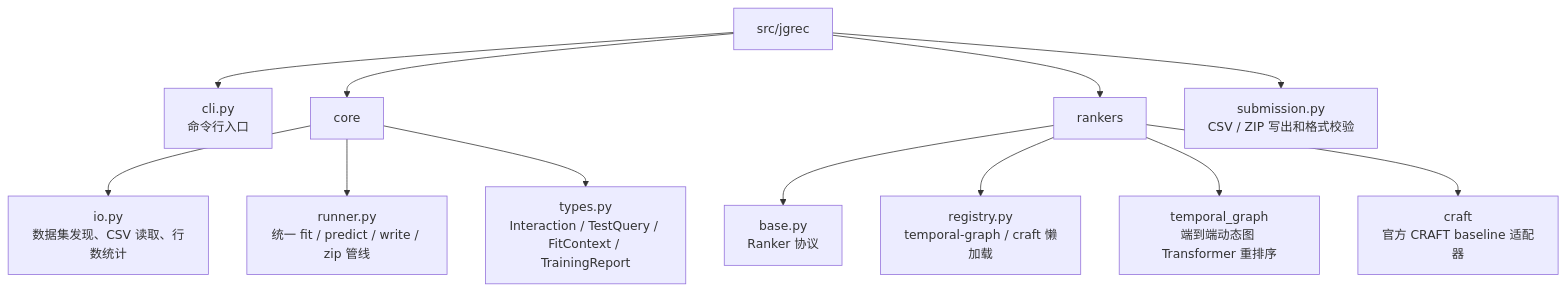
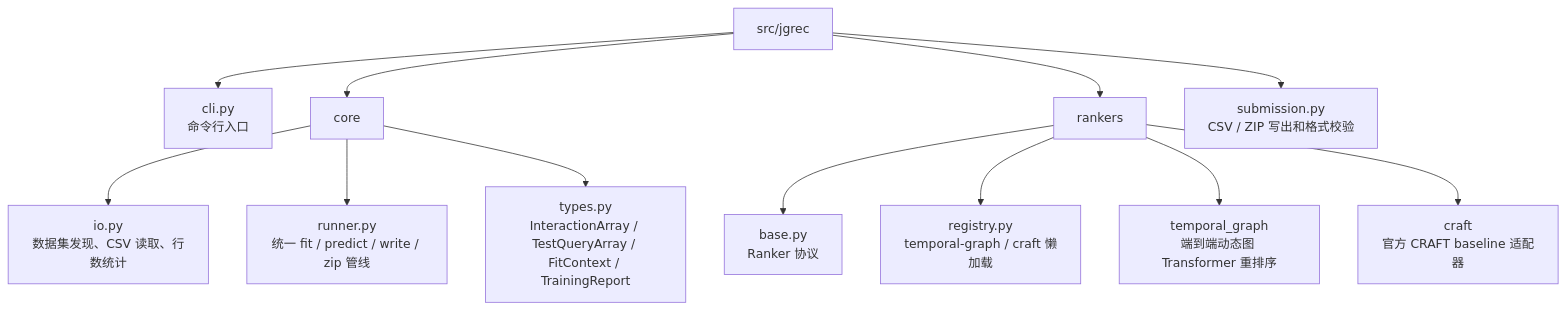
Before and after one commit to Puiching-Memory/jittor-GPNUT1-JGRec: the first of 2 diagrams in docs/system/architecture.md, drawn with Mermaid. The commit also changed other lines of this file and 25 other files, not shown here.

First line of the commit message:
重构核心数据类型为 NumPy 向量化表示，优化时序图采样与评估性能

````diff
--- a/docs/system/architecture.md
+++ b/docs/system/architecture.md
@@ -5,14 +5,14 @@
 ```mermaid
 flowchart TB
     A["src/jgrec"] --> B["cli.py<br/>命令行入口"]
     A --> C["core"]
     C --> C1["io.py<br/>数据集发现、CSV 读取、行数统计"]
     C --> C2["runner.py<br/>统一 fit / predict / write / zip 管线"]
-    C --> C3["types.py<br/>Interaction / TestQuery / FitContext / TrainingReport"]
+    C --> C3["types.py<br/>InteractionArray / TestQueryArray / FitContext / TrainingReport"]
     A --> D["rankers"]
     D --> D1["base.py<br/>Ranker 协议"]
     D --> D2["registry.py<br/>temporal-graph / craft 懒加载"]
     D --> D3["temporal_graph<br/>端到端动态图 Transformer 重排序"]
     D --> D4["craft<br/>官方 CRAFT baseline 适配器"]
     A --> E["submission.py<br/>CSV / ZIP 写出和格式校验"]
 ```
````
